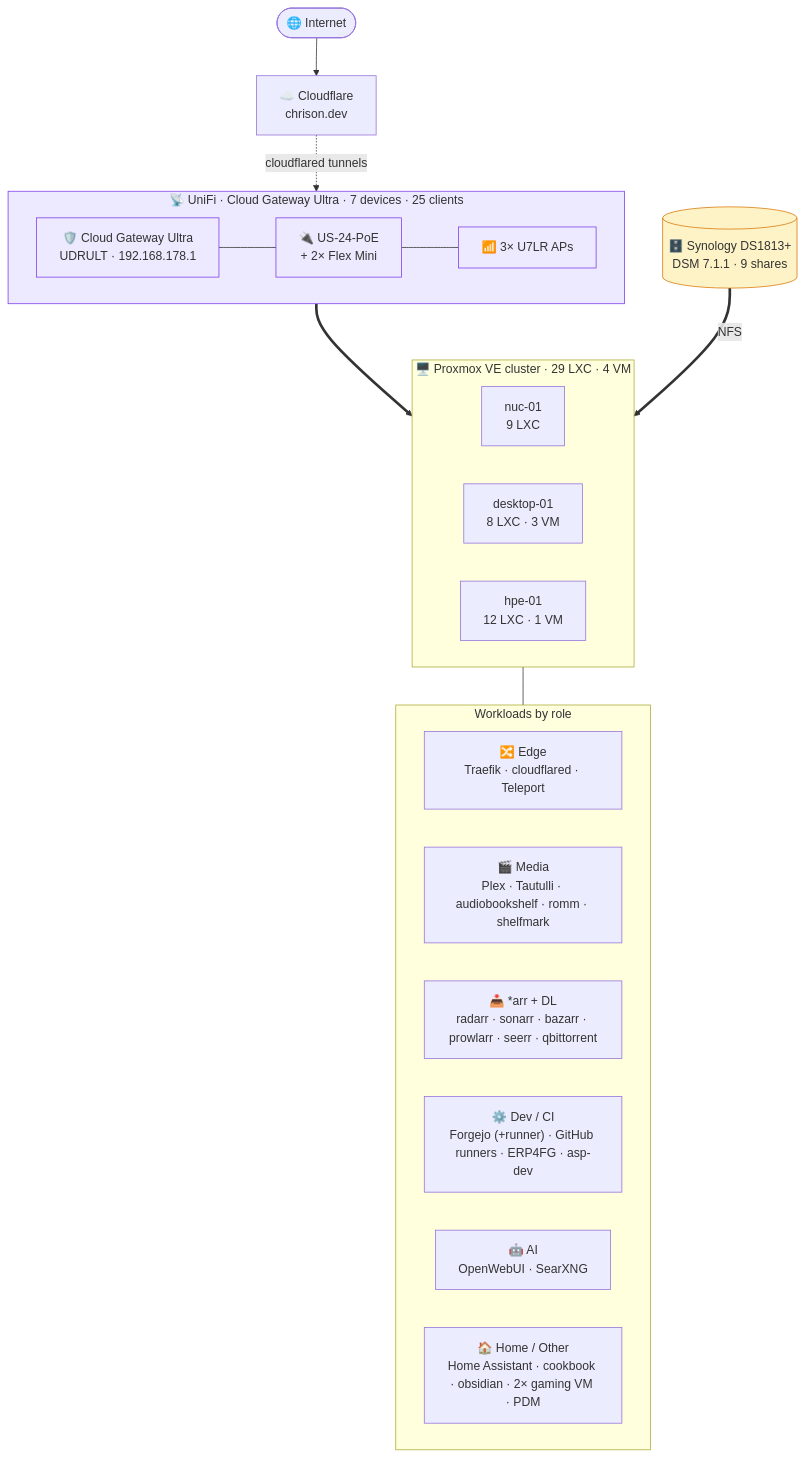
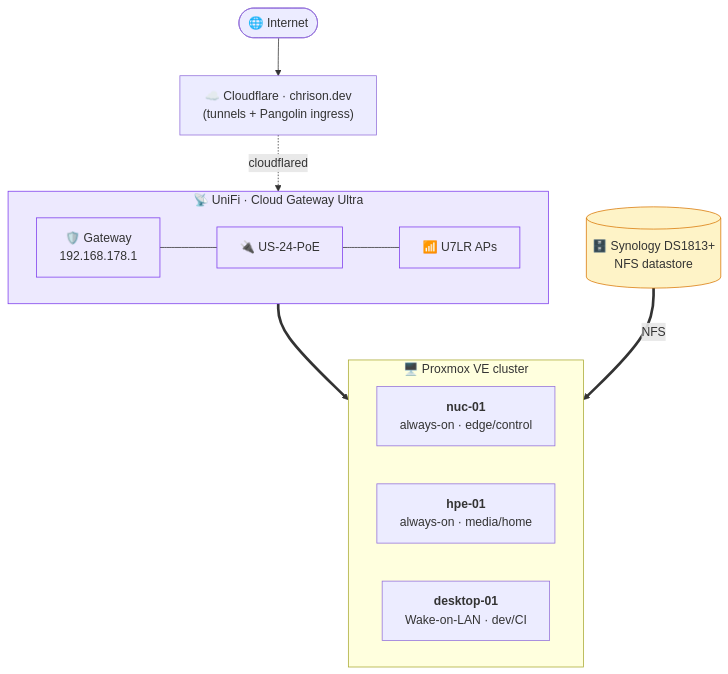
The first of 3 diagrams in README.md (Chrison-Homelab/Homelab), drawn with Mermaid before and after one commit. The commit also changed other lines of this file, not shown here.

First line of the commit message:
docs(readme): overhaul with badges + architecture/build/deploy/infra diagrams

````diff
--- a/README.md
+++ b/README.md
@@ -23,37 +27,25 @@
 ```mermaid
 graph TB
-  Internet([🌐 Internet]) --> CF["☁️ Cloudflare<br/>chrison.dev"]
+  Internet(["🌐 Internet"]) --> CF["☁️ Cloudflare · chrison.dev<br/>(tunnels + Pangolin ingress)"]
 
-  subgraph NET["📡 UniFi · Cloud Gateway Ultra · 7 devices · 25 clients"]
+  subgraph NET["📡 UniFi · Cloud Gateway Ultra"]
     direction LR
-    GW["🛡️ Cloud Gateway Ultra<br/>UDRULT · 192.168.178.1"] --- SW["🔌 US-24-PoE<br/>+ 2× Flex Mini"] --- AP["📶 3× U7LR APs"]
+    GW["🛡️ Gateway<br/>192.168.178.1"] --- SW["🔌 US-24-PoE"] --- AP["📶 U7LR APs"]
   end
-  CF -. cloudflared tunnels .-> NET
+  CF -. cloudflared .-> NET
 
-  subgraph PVE["🖥️ Proxmox VE cluster · 29 LXC · 4 VM"]
+  subgraph PVE["🖥️ Proxmox VE cluster"]
     direction LR
-    NUC["nuc-01<br/>9 LXC"]
-    DESK["desktop-01<br/>8 LXC · 3 VM"]
-    HPE["hpe-01<br/>12 LXC · 1 VM"]
+    NUC["<b>nuc-01</b><br/>always-on · edge/control"]
+    HPE["<b>hpe-01</b><br/>always-on · media/home"]
+    DESK["<b>desktop-01</b><br/>Wake-on-LAN · dev/CI"]
   end
   NET ==> PVE
-
-  subgraph WL["Workloads by role"]
-    direction LR
-    EDGE["🔀 Edge<br/>Traefik · cloudflared · Teleport"]
-    MEDIA["🎬 Media<br/>Plex · Tautulli · audiobookshelf · romm · shelfmark"]
-    ARR["📥 *arr + DL<br/>radarr · sonarr · bazarr · prowlarr · seerr · qbittorrent"]
-    DEV["⚙️ Dev / CI<br/>Forgejo (+runner) · GitHub runners · ERP4FG · asp-dev"]
-    AI["🤖 AI<br/>OpenWebUI · SearXNG"]
-    HOME["🏠 Home / Other<br/>Home Assistant · cookbook · obsidian · 2× gaming VM · PDM"]
-  end
-  PVE --- WL
-
-  NAS[("🗄️ Synology DS1813+<br/>DSM 7.1.1 · 9 shares")]
+  NAS[("🗄️ Synology DS1813+<br/>NFS datastore")]
   NAS == NFS ==> PVE
 
   classDef store fill:#fef3c7,stroke:#d97706;
   classDef edge fill:#ede9fe,stroke:#7c3aed;
   class NAS store;
   class NET,GW,SW,AP edge;
 ```
````
